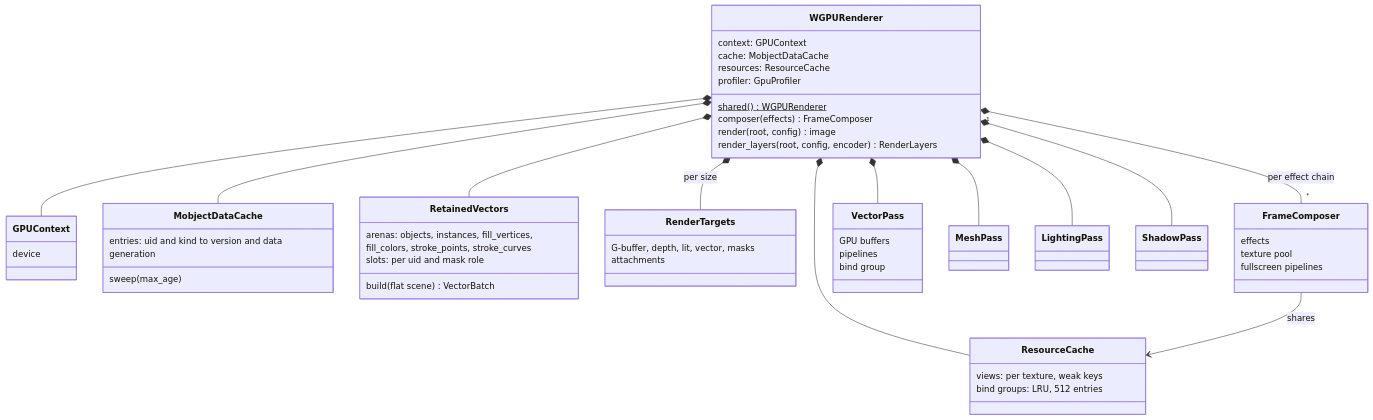
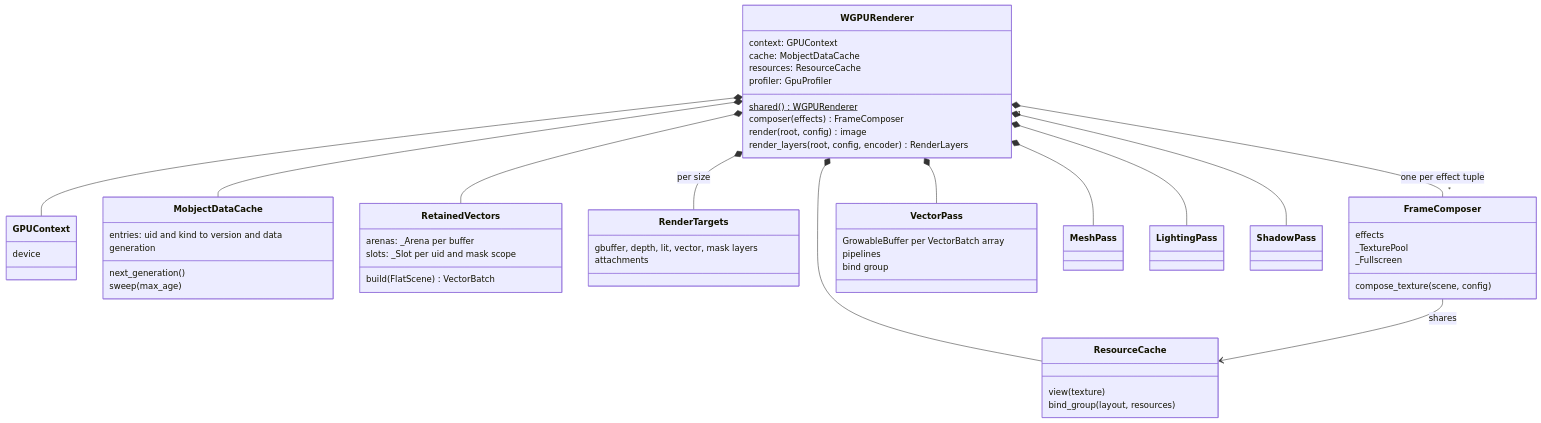
Before and after one commit to MrDiver/manim: the sixth of 8 diagrams in manimx/ARCHITECTURE.md, drawn with Mermaid. The commit also changed other lines of this file, not shown here.

First line of the commit message:
manimx: describe the architecture with the names from the code

````diff
--- a/manimx/ARCHITECTURE.md
+++ b/manimx/ARCHITECTURE.md
@@ -375,57 +403,58 @@
 ```mermaid
 classDiagram
     direction TB
     class WGPURenderer {
         shared()$ WGPURenderer
         context: GPUContext
         cache: MobjectDataCache
         resources: ResourceCache
         profiler: GpuProfiler
         composer(effects) FrameComposer
         render(root, config) image
         render_layers(root, config, encoder) RenderLayers
     }
     class GPUContext {
         device
     }
     class MobjectDataCache {
         entries: uid and kind to version and data
         generation
+        next_generation()
         sweep(max_age)
     }
     class ResourceCache {
-        views: per texture, weak keys
-        bind groups: LRU, 512 entries
+        view(texture)
+        bind_group(layout, resources)
     }
     class RetainedVectors {
-        arenas: objects, instances, fill_vertices,
-        fill_colors, stroke_points, stroke_curves
-        slots: per uid and mask role
-        build(flat scene) VectorBatch
+        arenas: _Arena per buffer
+        slots: _Slot per uid and mask scope
+        build(FlatScene) VectorBatch
     }
     class RenderTargets {
-        G-buffer, depth, lit, vector, masks
+        gbuffer, depth, lit, vector, mask layers
         attachments
     }
     class FrameComposer {
         effects
-        texture pool
-        fullscreen pipelines
+        _TexturePool
+        _Fullscreen
+        compose_texture(scene, config)
     }
     class VectorPass {
-        GPU buffers
+        GrowableBuffer per VectorBatch array
         pipelines
         bind group
     }
     WGPURenderer *-- GPUContext
     WGPURenderer *-- MobjectDataCache
     WGPURenderer *-- ResourceCache
     WGPURenderer *-- RetainedVectors
     WGPURenderer *-- RenderTargets : per size
     WGPURenderer *-- VectorPass
     WGPURenderer *-- MeshPass
     WGPURenderer *-- LightingPass
     WGPURenderer *-- ShadowPass
-    WGPURenderer "1" *-- "*" FrameComposer : per effect chain
+    WGPURenderer "1" *-- "*" FrameComposer : one per effect tuple
     FrameComposer --> ResourceCache : shares
 ```
````
